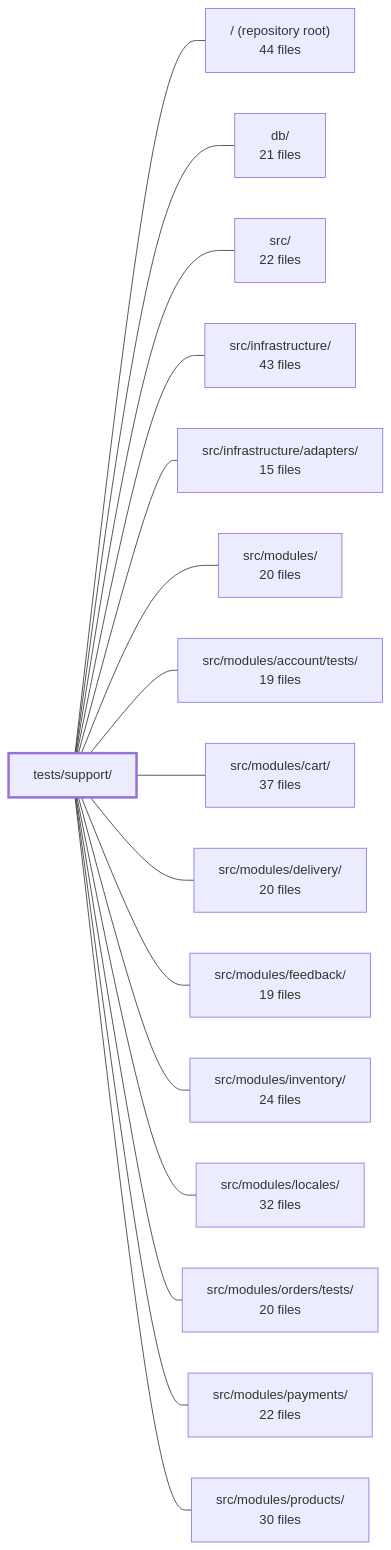
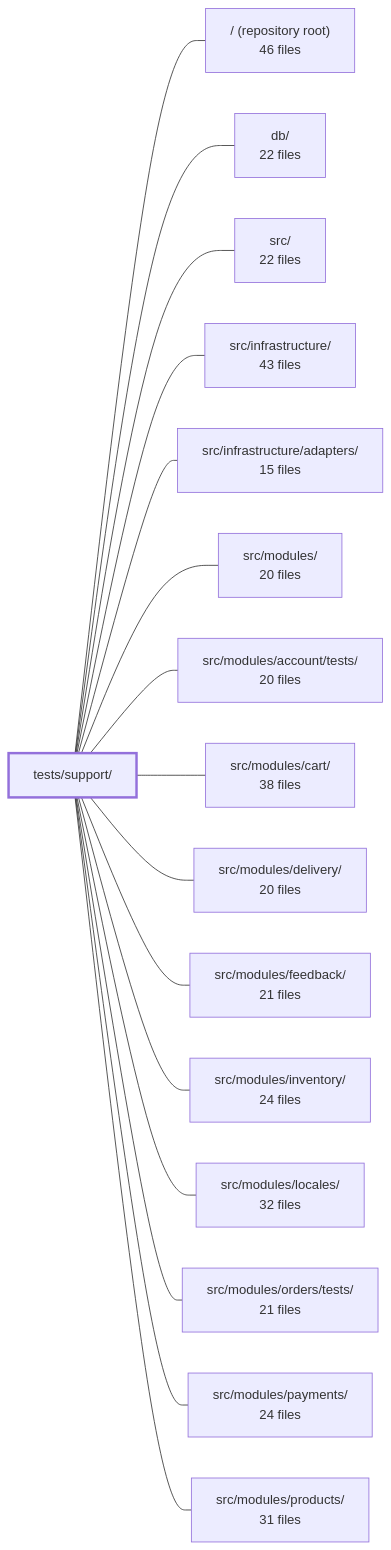
The diagram in .2repo/modules/boilerplate-node-backend_tests_support.md (Guebbit/boilerplate-node-backend), drawn with Mermaid before and after one commit. The commit also changed other lines of this file and 302 other files, not shown here.

First line of the commit message:
chore(2repo): refresh repo context, wiki, and architecture snapshots

````diff
--- a/.2repo/modules/boilerplate-node-backend_tests_support.md
+++ b/.2repo/modules/boilerplate-node-backend_tests_support.md
@@ -41,35 +39,35 @@
 ```mermaid
 flowchart LR
     m_tests_support["tests/support/"]
-    m_root["/ (repository root)<br/>44 files"]
-    m_db["db/<br/>21 files"]
+    m_root["/ (repository root)<br/>46 files"]
+    m_db["db/<br/>22 files"]
     m_src["src/<br/>22 files"]
     m_src_infrastructure["src/infrastructure/<br/>43 files"]
     m_src_infrastructure_adapters["src/infrastructure/adapters/<br/>15 files"]
     m_src_modules["src/modules/<br/>20 files"]
-    m_src_modules_account_tests["src/modules/account/tests/<br/>19 files"]
-    m_src_modules_cart["src/modules/cart/<br/>37 files"]
+    m_src_modules_account_tests["src/modules/account/tests/<br/>20 files"]
+    m_src_modules_cart["src/modules/cart/<br/>38 files"]
     m_src_modules_delivery["src/modules/delivery/<br/>20 files"]
-    m_src_modules_feedback["src/modules/feedback/<br/>19 files"]
+    m_src_modules_feedback["src/modules/feedback/<br/>21 files"]
     m_src_modules_inventory["src/modules/inventory/<br/>24 files"]
     m_src_modules_locales["src/modules/locales/<br/>32 files"]
-    m_src_modules_orders_tests["src/modules/orders/tests/<br/>20 files"]
-    m_src_modules_payments["src/modules/payments/<br/>22 files"]
-    m_src_modules_products["src/modules/products/<br/>30 files"]
+    m_src_modules_orders_tests["src/modules/orders/tests/<br/>21 files"]
+    m_src_modules_payments["src/modules/payments/<br/>24 files"]
+    m_src_modules_products["src/modules/products/<br/>31 files"]
     m_tests_support --- m_root
     m_tests_support --- m_db
     m_tests_support --- m_src
     m_tests_support --- m_src_infrastructure
     m_tests_support --- m_src_infrastructure_adapters
     m_tests_support --- m_src_modules
     m_tests_support --- m_src_modules_account_tests
     m_tests_support --- m_src_modules_cart
     m_tests_support --- m_src_modules_delivery
     m_tests_support --- m_src_modules_feedback
     m_tests_support --- m_src_modules_inventory
     m_tests_support --- m_src_modules_locales
     m_tests_support --- m_src_modules_orders_tests
     m_tests_support --- m_src_modules_payments
     m_tests_support --- m_src_modules_products
     style m_tests_support stroke-width:3px
 ```
````
